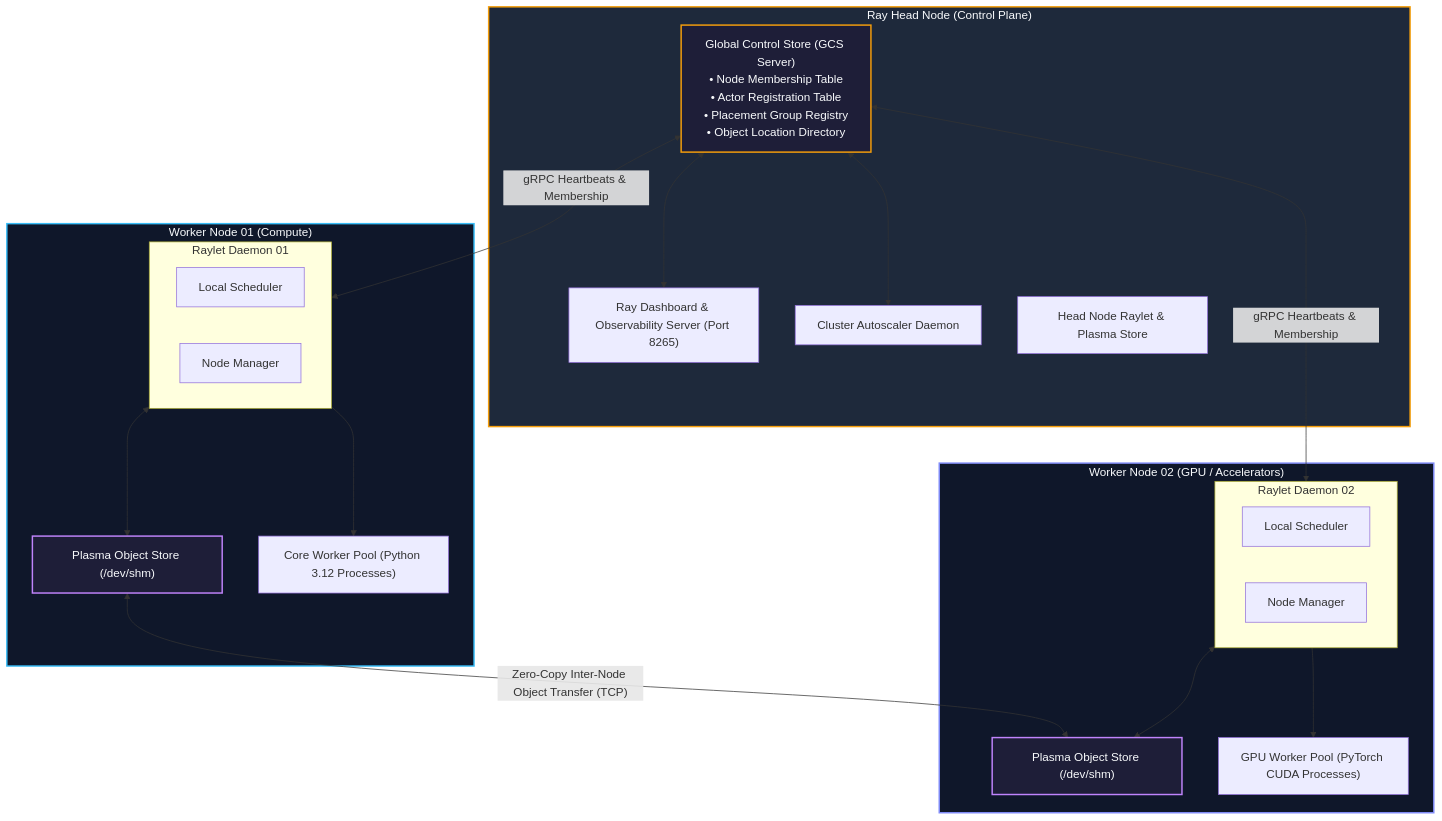
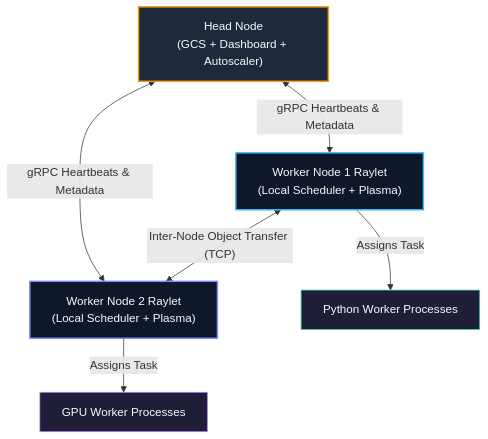
Before and after one commit to dnf0/raylings: the diagram in docs/guides/06-cluster-architecture.md, drawn with Mermaid. The commit also changed other lines of this file and 22 other files, not shown here.

Commit message:
docs: streamline mermaid diagrams and attach conceptual walkthroughs (#26)

````diff
--- a/docs/guides/06-cluster-architecture.md
+++ b/docs/guides/06-cluster-architecture.md
@@ -17,47 +17,14 @@
 ```mermaid
 flowchart TD
-    subgraph HeadNode["Ray Head Node (Control Plane)"]
-        GCS["Global Control Store (GCS Server)<br/>• Node Membership Table<br/>• Actor Registration Table<br/>• Placement Group Registry<br/>• Object Location Directory"]
-        Dashboard["Ray Dashboard & Observability Server (Port 8265)"]
-        Autoscaler["Cluster Autoscaler Daemon"]
-        HeadRaylet["Head Node Raylet & Plasma Store"]
-        
-        GCS <--> Dashboard
-        GCS <--> Autoscaler
-    end
+    Head["Head Node<br/>(GCS + Dashboard + Autoscaler)"] <-->|"gRPC Heartbeats & Metadata"| Raylet1["Worker Node 1 Raylet<br/>(Local Scheduler + Plasma)"]
+    Head <-->|"gRPC Heartbeats & Metadata"| Raylet2["Worker Node 2 Raylet<br/>(Local Scheduler + Plasma)"]
+    Raylet1 -->|"Assigns Task"| Workers1["Python Worker Processes"]
+    Raylet2 -->|"Assigns Task"| Workers2["GPU Worker Processes"]
+    Raylet1 <-->|"Inter-Node Object Transfer (TCP)"| Raylet2
 
-    subgraph WorkerNode1["Worker Node 01 (Compute)"]
-        subgraph RL1["Raylet Daemon 01"]
-            Sched1["Local Scheduler"]
-            NM1["Node Manager"]
-        end
-        PS1["Plasma Object Store (/dev/shm)"]
-        WPool1["Core Worker Pool (Python 3.12 Processes)"]
-        
-        RL1 <--> PS1
-        RL1 --> WPool1
-    end
-
-    subgraph WorkerNode2["Worker Node 02 (GPU / Accelerators)"]
-        subgraph RL2["Raylet Daemon 02"]
-            Sched2["Local Scheduler"]
-            NM2["Node Manager"]
-        end
-        PS2["Plasma Object Store (/dev/shm)"]
-        WPool2["GPU Worker Pool (PyTorch CUDA Processes)"]
-        
-        RL2 <--> PS2
-        RL2 --> WPool2
-    end
-
-    GCS <-->|"gRPC Heartbeats & Membership"| RL1
-    GCS <-->|"gRPC Heartbeats & Membership"| RL2
-    PS1 <-->|"Zero-Copy Inter-Node Object Transfer (TCP)"| PS2
-
-    style HeadNode fill:#1e293b,stroke:#f59e0b,stroke-width:2px,color:#f8fafc
-    style WorkerNode1 fill:#0f172a,stroke:#38bdf8,stroke-width:2px,color:#f8fafc
-    style WorkerNode2 fill:#0f172a,stroke:#818cf8,stroke-width:2px,color:#f8fafc
-    style GCS fill:#1e1e38,stroke:#f59e0b,stroke-width:2px,color:#f8fafc
-    style PS1 fill:#1e1e38,stroke:#c084fc,stroke-width:2px,color:#f8fafc
-    style PS2 fill:#1e1e38,stroke:#c084fc,stroke-width:2px,color:#f8fafc
+    style Head fill:#1e293b,stroke:#f59e0b,stroke-width:2px,color:#f8fafc
+    style Raylet1 fill:#0f172a,stroke:#38bdf8,stroke-width:2px,color:#f8fafc
+    style Raylet2 fill:#0f172a,stroke:#818cf8,stroke-width:2px,color:#f8fafc
+    style Workers1 fill:#1e1e38,stroke:#34d399,stroke-width:1px,color:#f8fafc
+    style Workers2 fill:#1e1e38,stroke:#c084fc,stroke-width:1px,color:#f8fafc
 ```
````
